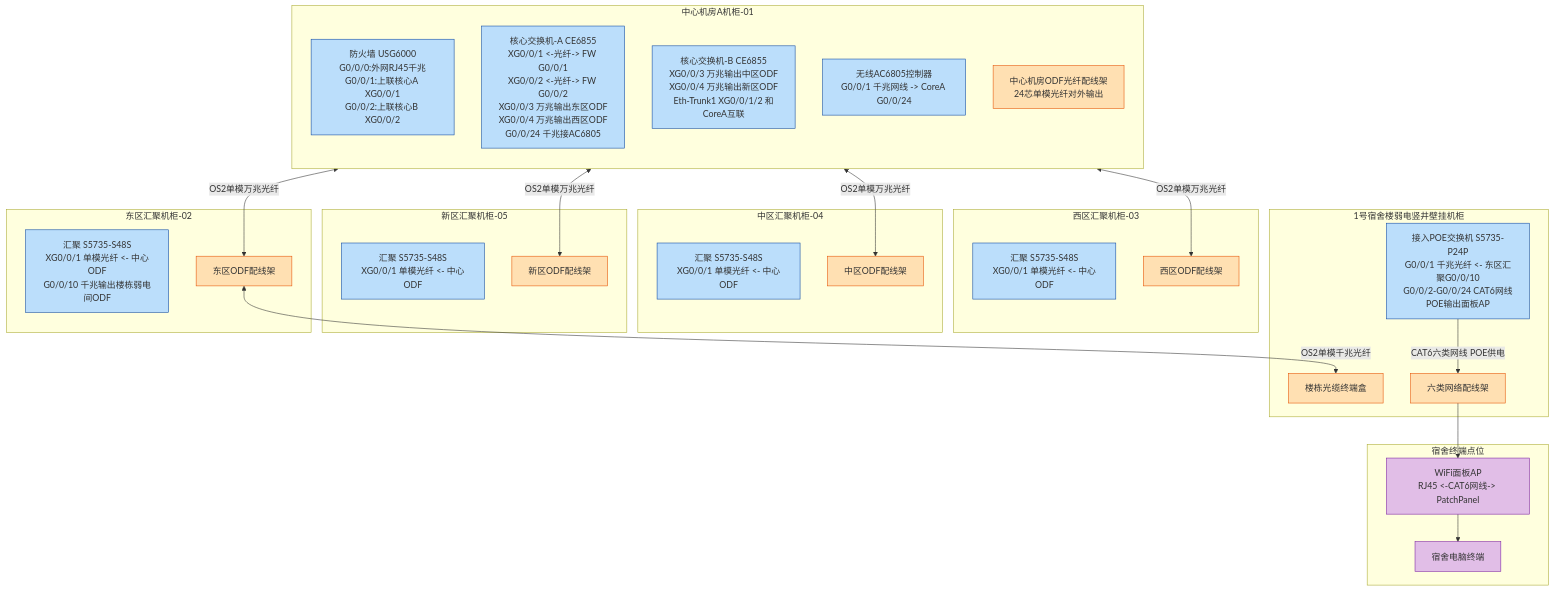
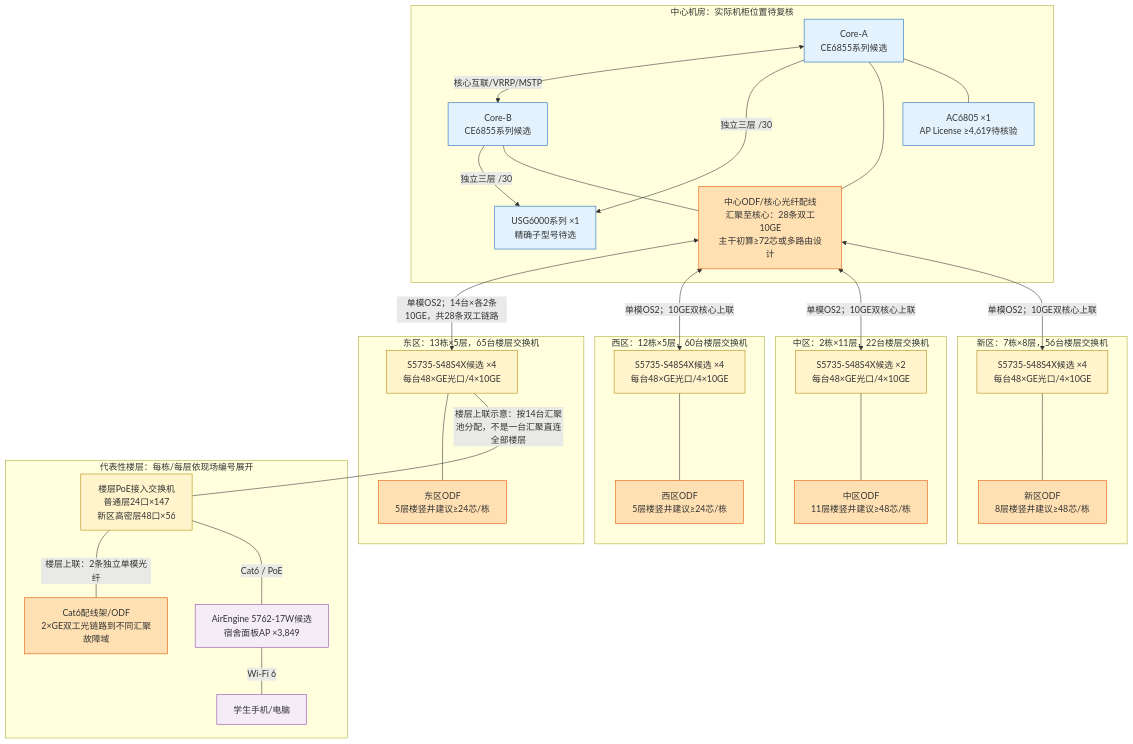
Before and after one commit to jyu695292-tech/Network-Engineering: the diagram in assets/物理拓扑图.md, drawn with Mermaid. The commit also changed 42 other files, not shown here.

````diff
--- a/assets/物理拓扑图.md
+++ b/assets/物理拓扑图.md
@@ -1,63 +7,62 @@
 ```mermaid
 graph TD
-    subgraph 中心机房A机柜-01
-        direction TB
-        FW["防火墙 USG6000<br/>G0/0/0:外网RJ45千兆<br/>G0/0/1:上联核心A XG0/0/1<br/>G0/0/2:上联核心B XG0/0/2"]
-        CoreA["核心交换机-A CE6855<br/>XG0/0/1 <-光纤-> FW G0/0/1<br/>XG0/0/2 <-光纤-> FW G0/0/2<br/>XG0/0/3 万兆输出东区ODF<br/>XG0/0/4 万兆输出西区ODF<br/>G0/0/24 千兆接AC6805"]
-        CoreB["核心交换机-B CE6855<br/>XG0/0/3 万兆输出中区ODF<br/>XG0/0/4 万兆输出新区ODF<br/>Eth-Trunk1 XG0/0/1/2 和CoreA互联"]
-        AC["无线AC6805控制器<br/>G0/0/1 千兆网线 -> CoreA G0/0/24"]
-        ODF_MAIN["中心机房ODF光纤配线架<br/>24芯单模光纤对外输出"]
+    subgraph CoreRoom[中心机房：实际机柜位置待复核]
+      CoreA["Core-A<br/>CE6855系列候选"]
+      CoreB["Core-B<br/>CE6855系列候选"]
+      FW["USG6000系列 ×1<br/>精确子型号待选"]
+      AC["AC6805 ×1<br/>AP License ≥4,619待核验"]
+      MainODF["中心ODF/核心光纤配线<br/>汇聚至核心：28条双工10GE<br/>主干初算≥72芯或多路由设计"]
+      CoreA <-->|"核心互联/VRRP/MSTP"| CoreB
+      CoreA -->|"独立三层 /30"| FW
+      CoreB -->|"独立三层 /30"| FW
+      CoreA --- MainODF
+      CoreB --- MainODF
+      CoreA --- AC
     end
 
-    subgraph 东区汇聚机柜-02
-        EastAgg["汇聚 S5735-S48S<br/>XG0/0/1 单模光纤 <- 中心ODF<br/>G0/0/10 千兆输出楼栋弱电间ODF"]
-        ODF_East["东区ODF配线架"]
+    subgraph East[东区：13栋×5层，65台楼层交换机]
+      E1["S5735-S48S4X候选 ×4<br/>每台48×GE光口/4×10GE"]
+      EODF["东区ODF<br/>5层楼竖井建议≥24芯/栋"]
+    end
+    subgraph West[西区：12栋×5层，60台楼层交换机]
+      W1["S5735-S48S4X候选 ×4<br/>每台48×GE光口/4×10GE"]
+      WODF["西区ODF<br/>5层楼竖井建议≥24芯/栋"]
+    end
+    subgraph Middle[中区：2栋×11层，22台楼层交换机]
+      M1["S5735-S48S4X候选 ×2<br/>每台48×GE光口/4×10GE"]
+      MODF["中区ODF<br/>11层楼竖井建议≥48芯/栋"]
+    end
+    subgraph New[新区：7栋×8层，56台楼层交换机]
+      N1["S5735-S48S4X候选 ×4<br/>每台48×GE光口/4×10GE"]
+      NODF["新区ODF<br/>8层楼竖井建议≥48芯/栋"]
     end
 
-    subgraph 西区汇聚机柜-03
-        WestAgg["汇聚 S5735-S48S<br/>XG0/0/1 单模光纤 <- 中心ODF"]
-        ODF_West["西区ODF配线架"]
+    MainODF <-->|"单模OS2；14台×各2条10GE，共28条双工链路"| E1
+    MainODF <-->|"单模OS2；10GE双核心上联"| W1
+    MainODF <-->|"单模OS2；10GE双核心上联"| M1
+    MainODF <-->|"单模OS2；10GE双核心上联"| N1
+    E1 --- EODF
+    W1 --- WODF
+    M1 --- MODF
+    N1 --- NODF
+
+    subgraph FloorExample[代表性楼层：每栋/每层依现场编号展开]
+      Access["楼层PoE接入交换机<br/>普通层24口×147<br/>新区高密层48口×56"]
+      Patch["Cat6配线架/ODF<br/>2×GE双工光链路到不同汇聚故障域"]
+      AP["AirEngine 5762-17W候选<br/>宿舍面板AP ×3,849"]
+      Clients["学生手机/电脑"]
+      Access ---|"楼层上联：2条独立单模光纤"| Patch
+      Access ---|"Cat6 / PoE"| AP
+      AP ---|"Wi-Fi 6"| Clients
     end
+    E1 ---|"楼层上联示意：按14台汇聚池分配，不是一台汇聚直连全部楼层"| Access
 
-    subgraph 中区汇聚机柜-04
-        MidAgg["汇聚 S5735-S48S<br/>XG0/0/1 单模光纤 <- 中心ODF"]
-        ODF_Mid["中区ODF配线架"]
-    end
-
-    subgraph 新区汇聚机柜-05
-        NewAgg["汇聚 S5735-S48S<br/>XG0/0/1 单模光纤 <- 中心ODF"]
-        ODF_New["新区ODF配线架"]
-    end
-
-    subgraph 1号宿舍楼弱电竖井壁挂机柜
-        ACC["接入POE交换机 S5735-P24P<br/>G0/0/1 千兆光纤 <- 东区汇聚G0/0/10<br/>G0/0/2-G0/0/24 CAT6网线POE输出面板AP"]
-        ODF_Build["楼栋光缆终端盒"]
-        PatchPanel["六类网络配线架"]
-    end
-
-    subgraph 宿舍终端点位
-        AP["WiFi面板AP<br/>RJ45 <-CAT6网线-> PatchPanel"]
-        PC["宿舍电脑终端"]
-    end
-
-    %% 物理布线
-    ODF_MAIN <-->|OS2单模万兆光纤| ODF_East
-    ODF_MAIN <-->|OS2单模万兆光纤| ODF_West
-    ODF_MAIN <-->|OS2单模万兆光纤| ODF_Mid
-    ODF_MAIN <-->|OS2单模万兆光纤| ODF_New
-
-    ODF_East <-->|OS2单模千兆光纤| ODF_Build
-    ACC -->|CAT6六类网线 POE供电| PatchPanel
-    PatchPanel --> AP
-    AP --> PC
-
-    %% 样式定义
-    classDef cabinet fill:#eceff1,stroke:#455a64,stroke-width:2px
-    classDef device fill:#bbdefb,stroke:#0d47a1
-    classDef odf fill:#ffe0b2,stroke:#e65100
-    classDef enddev fill:#e1bee7,stroke:#7b1fa2
-
-    class FW,CoreA,CoreB,AC,EastAgg,WestAgg,MidAgg,NewAgg,ACC device
-    class ODF_MAIN,ODF_East,ODF_West,ODF_Mid,ODF_New,ODF_Build,PatchPanel odf
-    class AP,PC enddev
+    classDef core fill:#e3f2fd,stroke:#1565c0
+    classDef agg fill:#fff4cc,stroke:#b28704
+    classDef cable fill:#ffe0b2,stroke:#e65100
+    classDef ap fill:#f4ecf7,stroke:#8e44ad
+    class CoreA,CoreB,FW,AC core
+    class E1,W1,M1,N1,Access agg
+    class MainODF,EODF,WODF,MODF,NODF,Patch cable
+    class AP,Clients ap
 ```
````
